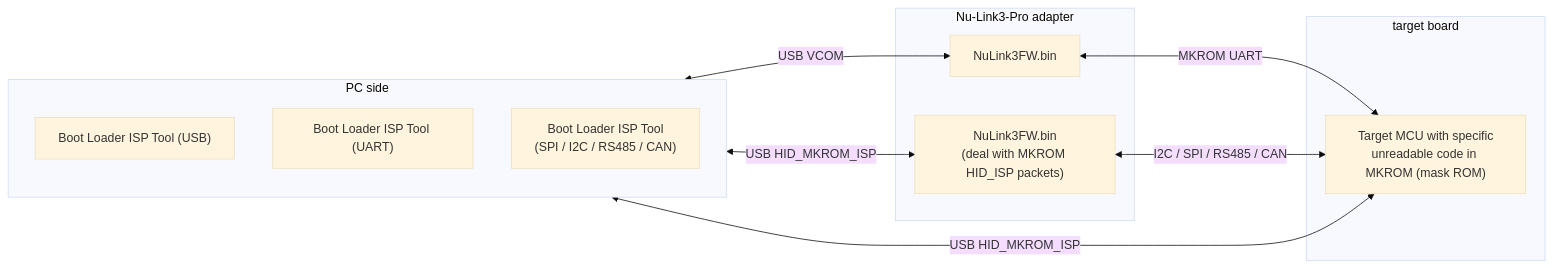
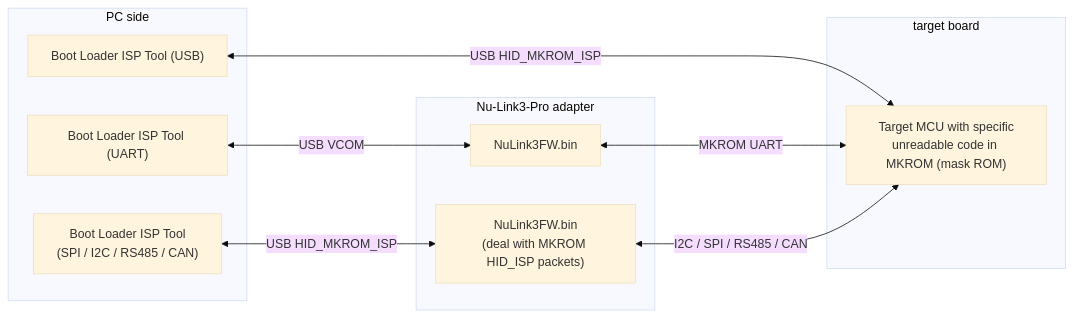
One commit to OpenNuvoton/Nuvoton_Tools changed the sixth of 6 diagrams in Documents/Nu-Link2_Nu-Link3_User_Manual/docs/01_overview/02_nu-link3-pro.md. Above: the diagram before and after it, drawn with Mermaid (base theme). The commit also changed other lines of this file and 5 other files, not shown here.

````diff
--- a/Documents/Nu-Link2_Nu-Link3_User_Manual/docs/01_overview/02_nu-link3-pro.md
+++ b/Documents/Nu-Link2_Nu-Link3_User_Manual/docs/01_overview/02_nu-link3-pro.md
@@ -156,21 +152,21 @@
 ```mermaid
 flowchart LR
     subgraph PC["PC side"]
-        direction TB
+        
         T1["Boot Loader ISP Tool (USB)"]
         T2["Boot Loader ISP Tool (UART)"]
         T3["Boot Loader ISP Tool<br/>(SPI / I2C / RS485 / CAN)"]
     end
     subgraph ADP["Nu-Link3-Pro adapter"]
         FW1["NuLink3FW.bin"]
         FW2["NuLink3FW.bin<br/>(deal with MKROM HID_ISP packets)"]
     end
     subgraph TGT["target board"]
         MCU["Target MCU with specific<br/>unreadable code in MKROM (mask ROM)"]
     end
     T1 <-- "USB HID_MKROM_ISP" --> MCU
     T2 <-- "USB VCOM" --> FW1
     T3 <-- "USB HID_MKROM_ISP" --> FW2
     FW1 <-- "MKROM UART" --> MCU
     FW2 <-- "I2C / SPI / RS485 / CAN" --> MCU
 ```
````
